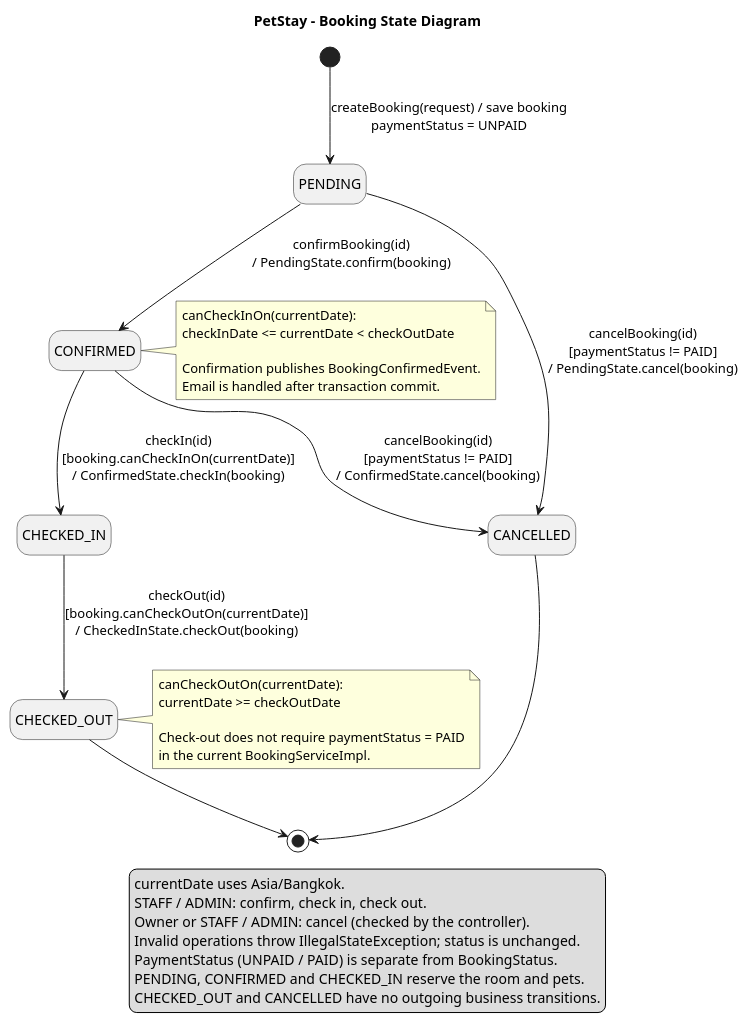
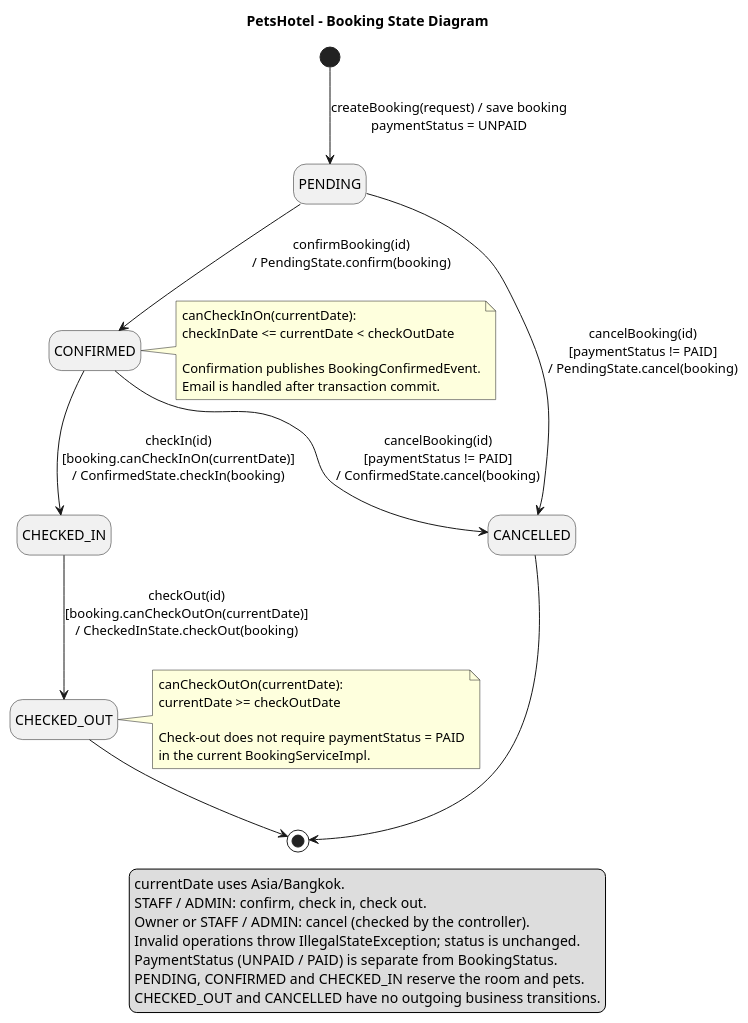
One commit to Tanut-oam/PetsHotel_Project changed the diagram in doc/diagrams/state-booking.puml. Above: the diagram before and after it, drawn with PlantUML. The commit also changed 5 other files, not shown here.

Commit message:
docs: add booking diagrams and rendered images

```diff
--- a/doc/diagrams/state-booking.puml
+++ b/doc/diagrams/state-booking.puml
@@ -1,55 +1,55 @@
 @startuml state-booking
-title PetStay - Booking State Diagram
+title PetsHotel - Booking State Diagram
 
 skinparam defaultFontName "Tahoma"
 skinparam shadowing false
 hide empty description
 
 ' Source: BookingStatus, Booking, BookingServiceImpl, and state/*State.java.
 ' Guards include the service/entity checks, not only the State implementations.
 
 state PENDING
 state CONFIRMED
 state CHECKED_IN
 state CHECKED_OUT
 state CANCELLED
 
 [*] --> PENDING : createBooking(request) / save booking\npaymentStatus = UNPAID
 
 PENDING --> CONFIRMED : confirmBooking(id)\n/ PendingState.confirm(booking)
 CONFIRMED --> CHECKED_IN : checkIn(id)\n[booking.canCheckInOn(currentDate)]\n/ ConfirmedState.checkIn(booking)
 CHECKED_IN --> CHECKED_OUT : checkOut(id)\n[booking.canCheckOutOn(currentDate)]\n/ CheckedInState.checkOut(booking)
 
 PENDING --> CANCELLED : cancelBooking(id)\n[paymentStatus != PAID]\n/ PendingState.cancel(booking)
 CONFIRMED --> CANCELLED : cancelBooking(id)\n[paymentStatus != PAID]\n/ ConfirmedState.cancel(booking)
 
 CHECKED_OUT --> [*]
 CANCELLED --> [*]
 
 note right of CONFIRMED
   canCheckInOn(currentDate):
   checkInDate <= currentDate < checkOutDate
 
   Confirmation publishes BookingConfirmedEvent.
   Email is handled after transaction commit.
 end note
 
 note right of CHECKED_OUT
   canCheckOutOn(currentDate):
   currentDate >= checkOutDate
 
   Check-out does not require paymentStatus = PAID
   in the current BookingServiceImpl.
 end note
 
 legend bottom
   currentDate uses Asia/Bangkok.
   STAFF / ADMIN: confirm, check in, check out.
   Owner or STAFF / ADMIN: cancel (checked by the controller).
   Invalid operations throw IllegalStateException; status is unchanged.
   PaymentStatus (UNPAID / PAID) is separate from BookingStatus.
   PENDING, CONFIRMED and CHECKED_IN reserve the room and pets.
   CHECKED_OUT and CANCELLED have no outgoing business transitions.
 endlegend
 
 @enduml
```
